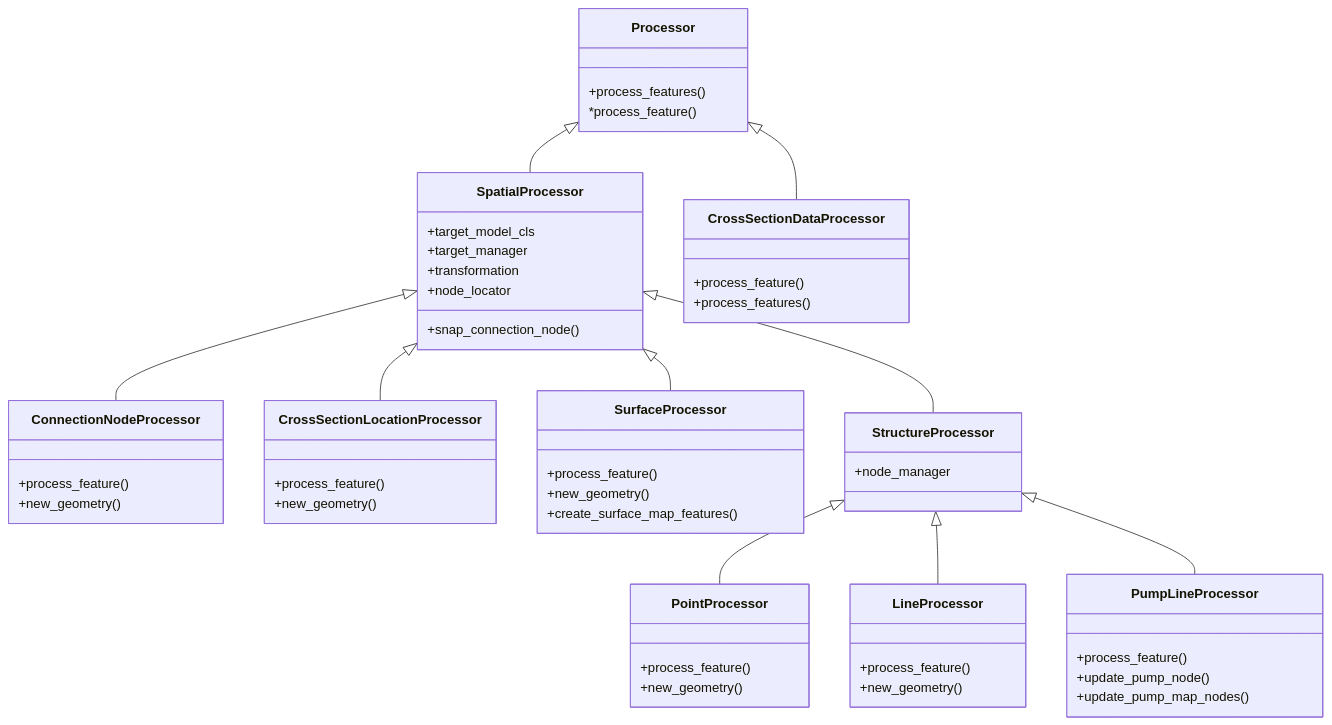
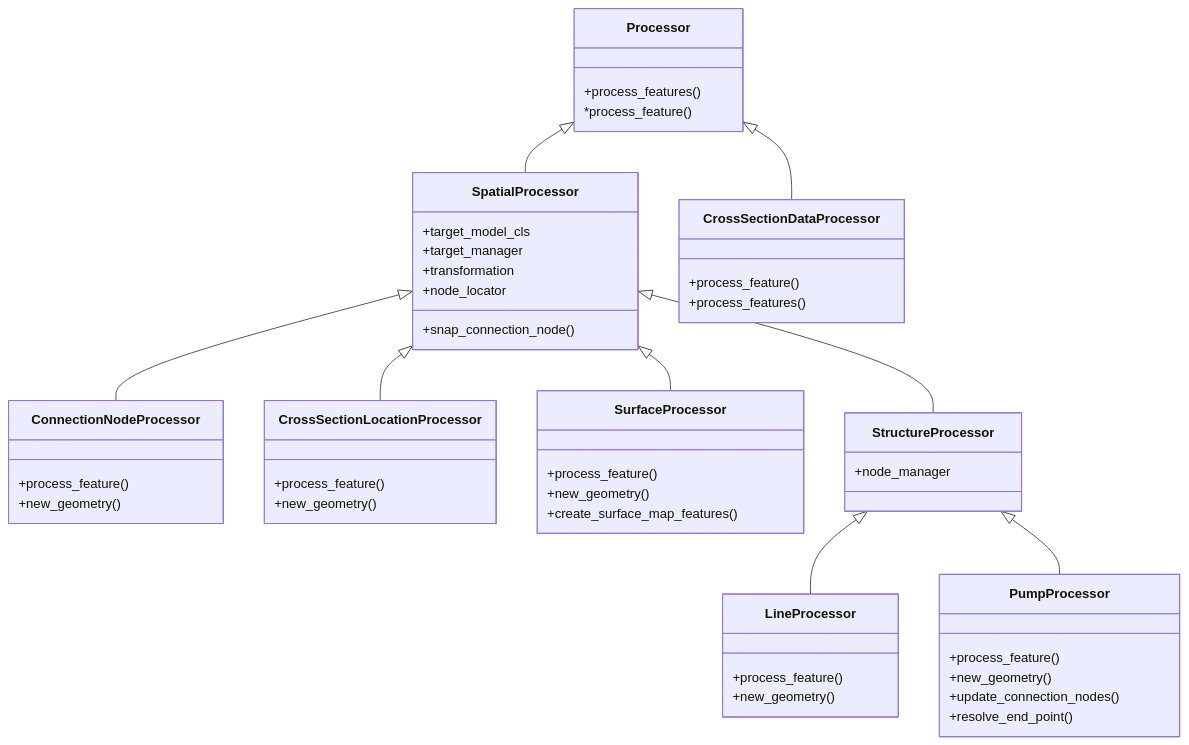
One commit to nens/threedi-schematisation-editor changed the fourth of 5 diagrams in threedi_schematisation_editor/vector_data_importer/DESIGN.md. Above: the diagram before and after it, drawn with Mermaid. The commit also changed other lines of this file, not shown here.

````diff
--- a/threedi_schematisation_editor/vector_data_importer/DESIGN.md
+++ b/threedi_schematisation_editor/vector_data_importer/DESIGN.md
@@ -229,66 +232,61 @@
 ```mermaid
 classDiagram
     Processor <|-- SpatialProcessor
     Processor <|-- CrossSectionDataProcessor
     SpatialProcessor <|-- ConnectionNodeProcessor
     SpatialProcessor <|-- CrossSectionLocationProcessor
     SpatialProcessor <|-- SurfaceProcessor
     SpatialProcessor <|-- StructureProcessor
-    StructureProcessor <|-- PointProcessor
     StructureProcessor <|-- LineProcessor
-    StructureProcessor <|-- PumpLineProcessor
+    StructureProcessor <|-- PumpProcessor
 
     class Processor {
         +process_features()
         *process_feature()
     }
     
     class CrossSectionDataProcessor {
         +process_feature()
         +process_features()
     }    
 
     class SpatialProcessor {
         +target_model_cls
         +target_manager
         +transformation
         +node_locator
         +snap_connection_node()
     }
 
     class ConnectionNodeProcessor {
         +process_feature()
         +new_geometry()
     }
     
     class CrossSectionLocationProcessor {
         +process_feature()
         +new_geometry()
     }
 
     class SurfaceProcessor {
         +process_feature()
         +new_geometry()
         +create_surface_map_features()
     }
 
     class StructureProcessor {
         +node_manager
     }
 
-    class PointProcessor {
-        +process_feature()
-        +new_geometry()
-    }
-
     class LineProcessor {
         +process_feature()
         +new_geometry()
     }
 
-    class PumpLineProcessor {
-        +process_feature() 
-        +update_pump_node()
-        +update_pump_map_nodes()
+    class PumpProcessor {
+        +process_feature()
+        +new_geometry()
+        +update_connection_nodes()
+        +resolve_end_point()
     }
 ```
````
